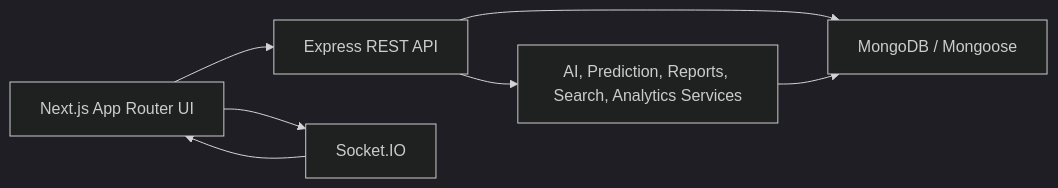
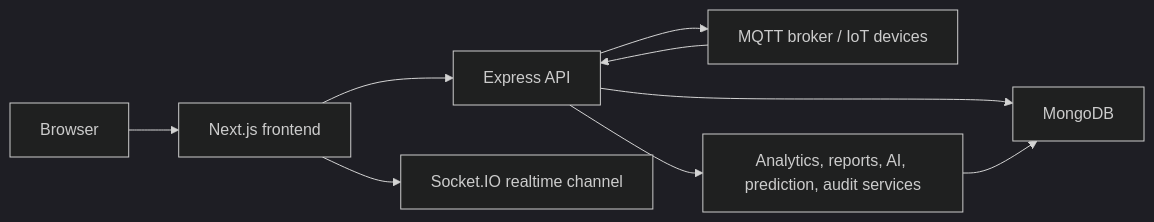
One commit to rudra-patel02/kavach changed the diagram in README.md. Above: the diagram before and after it, drawn with Mermaid (dark theme). The commit also changed other lines of this file and 9 other files, not shown here.

````diff
--- a/README.md
+++ b/README.md
@@ -10,9 +7,11 @@
 ```mermaid
 flowchart LR
-  Browser["Next.js App Router UI"] --> API["Express REST API"]
-  Browser --> Socket["Socket.IO"]
-  API --> Mongo["MongoDB / Mongoose"]
-  Socket --> Browser
-  API --> Services["AI, Prediction, Reports, Search, Analytics Services"]
+  User["Browser"] --> Frontend["Next.js frontend"]
+  Frontend --> Backend["Express API"]
+  Frontend --> Socket["Socket.IO realtime channel"]
+  Backend --> Mongo["MongoDB"]
+  Backend --> MQTT["MQTT broker / IoT devices"]
+  Backend --> Services["Analytics, reports, AI, prediction, audit services"]
   Services --> Mongo
+  MQTT --> Backend
 ```
````
